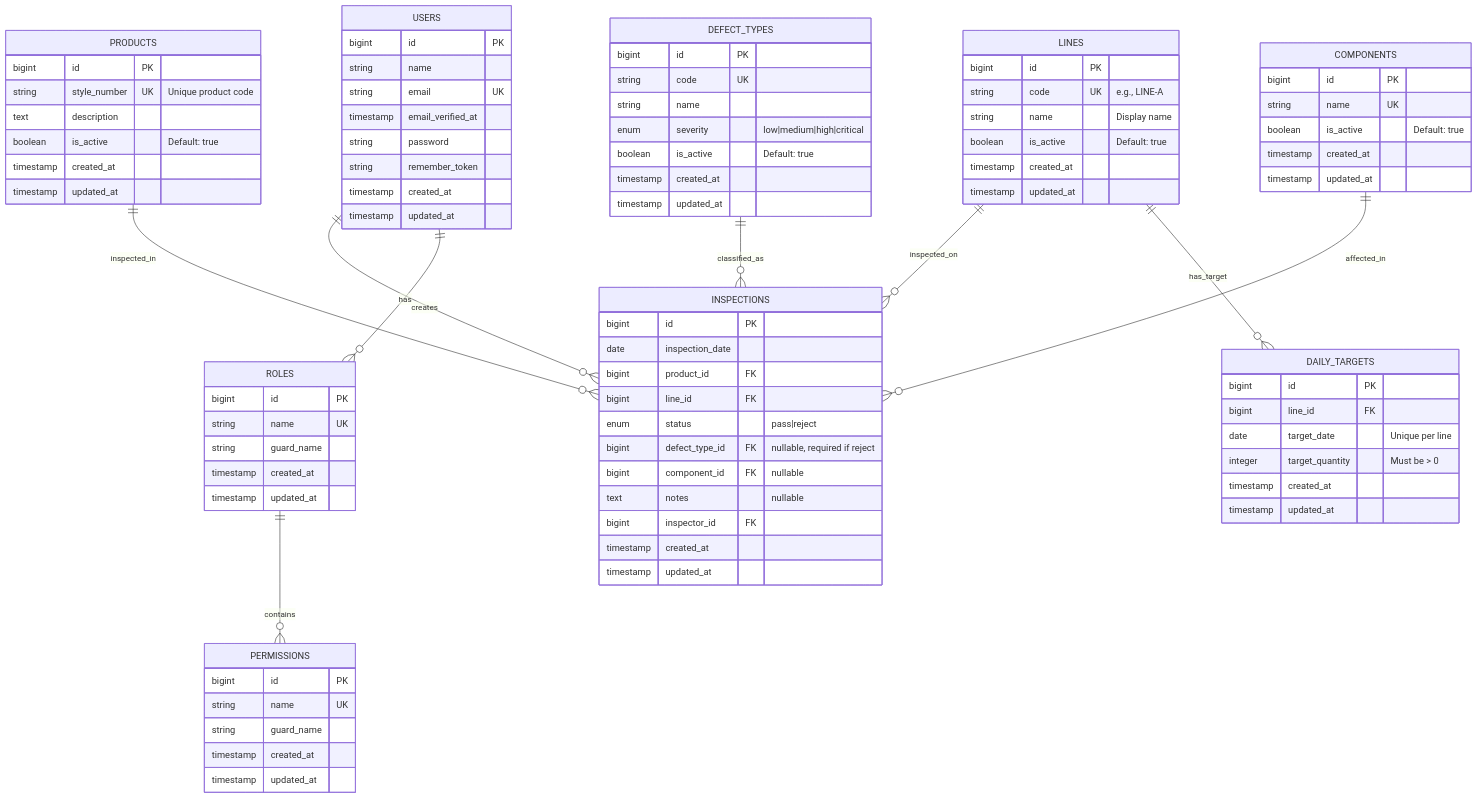
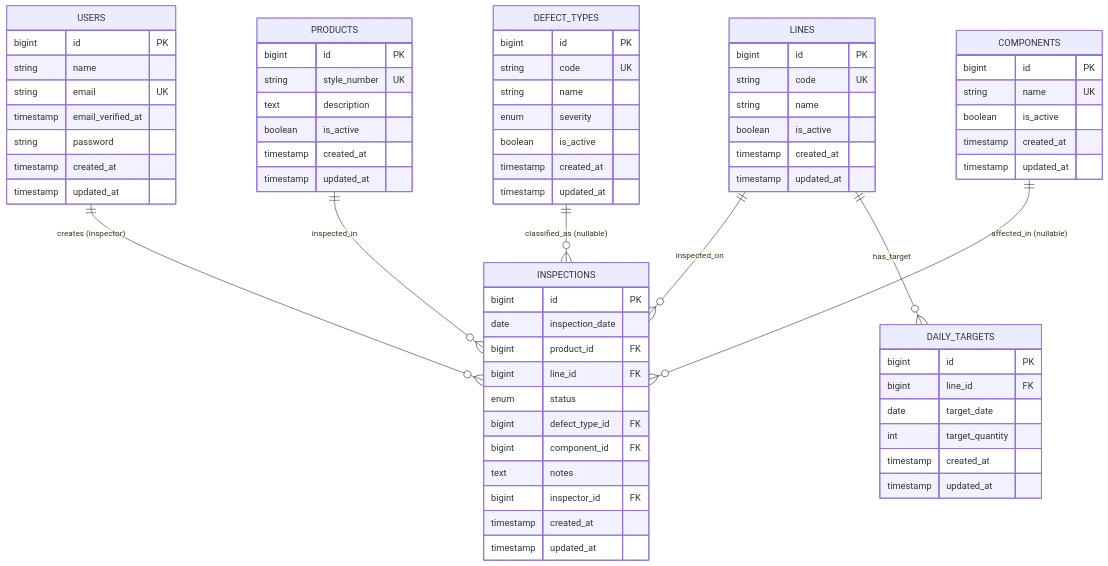
One commit to ginganomercy/qc-monitoring-sys changed the diagram in SCHEMA.md. Above: the diagram before and after it, drawn with Mermaid. The commit also changed other lines of this file and 8 other files, not shown here.

````diff
--- a/SCHEMA.md
+++ b/SCHEMA.md
@@ -15,99 +13,80 @@
 ```mermaid
 erDiagram
-    USERS ||--o{ INSPECTIONS : "creates"
-    USERS ||--o{ ROLES : "has"
-    ROLES ||--o{ PERMISSIONS : "contains"
-    
+    USERS ||--o{ INSPECTIONS : "creates (inspector)"
+
     PRODUCTS ||--o{ INSPECTIONS : "inspected_in"
-    LINES ||--o{ INSPECTIONS : "inspected_on"
-    LINES ||--o{ DAILY_TARGETS : "has_target"
-    
-    DEFECT_TYPES ||--o{ INSPECTIONS : "classified_as"
-    COMPONENTS ||--o{ INSPECTIONS : "affected_in"
-    
+    LINES    ||--o{ INSPECTIONS : "inspected_on"
+    LINES    ||--o{ DAILY_TARGETS : "has_target"
+
+    DEFECT_TYPES ||--o{ INSPECTIONS : "classified_as (nullable)"
+    COMPONENTS   ||--o{ INSPECTIONS : "affected_in (nullable)"
+
     USERS {
         bigint id PK
         string name
         string email UK
         timestamp email_verified_at
         string password
-        string remember_token
         timestamp created_at
         timestamp updated_at
     }
-    
+
     PRODUCTS {
         bigint id PK
-        string style_number UK "Unique product code"
+        string style_number UK
         text description
-        boolean is_active "Default: true"
+        boolean is_active
         timestamp created_at
         timestamp updated_at
     }
-    
+
     LINES {
         bigint id PK
-        string code UK "e.g., LINE-A"
-        string name "Display name"
-        boolean is_active "Default: true"
+        string code UK
+        string name
+        boolean is_active
         timestamp created_at
         timestamp updated_at
     }
-    
+
     DEFECT_TYPES {
         bigint id PK
         string code UK
         string name
-        enum severity "low|medium|high|critical"
-        boolean is_active "Default: true"
+        enum severity
+        boolean is_active
         timestamp created_at
         timestamp updated_at
     }
-    
+
     COMPONENTS {
         bigint id PK
         string name UK
-        boolean is_active "Default: true"
+        boolean is_active
         timestamp created_at
         timestamp updated_at
     }
-    
+
     DAILY_TARGETS {
         bigint id PK
         bigint line_id FK
-        date target_date "Unique per line"
-        integer target_quantity "Must be > 0"
+        date target_date
+        int target_quantity
         timestamp created_at
         timestamp updated_at
     }
-    
+
     INSPECTIONS {
         bigint id PK
         date inspection_date
         bigint product_id FK
         bigint line_id FK
-        enum status "pass|reject"
-        bigint defect_type_id FK "nullable, required if reject"
-        bigint component_id FK "nullable"
-        text notes "nullable"
+        enum status
+        bigint defect_type_id FK
+        bigint component_id FK
+        text notes
         bigint inspector_id FK
         timestamp created_at
         timestamp updated_at
     }
-    
-    ROLES {
-        bigint id PK
-        string name UK
-        string guard_name
-        timestamp created_at
-        timestamp updated_at
-    }
-    
-    PERMISSIONS {
-        bigint id PK
-        string name UK
-        string guard_name
-        timestamp created_at
-        timestamp updated_at
-    }
 ```
````
